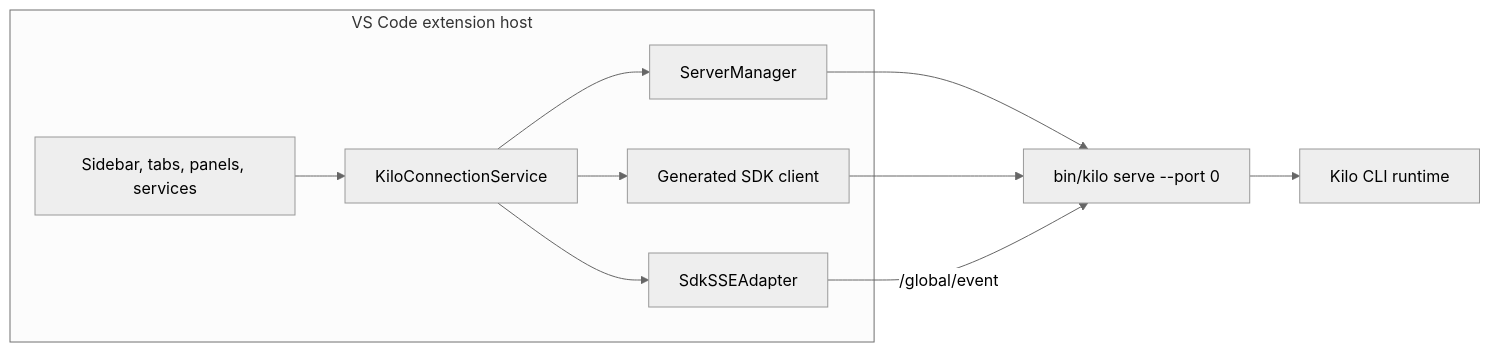
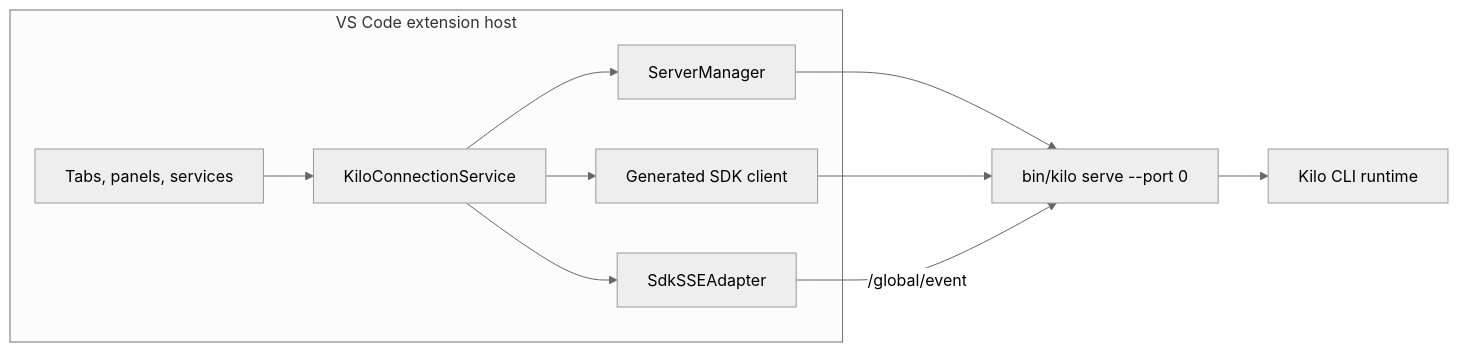
The diagram in packages/kilo-docs/pages/contributing/architecture/vscode-extension.md (JorkeyLiu/kilocode), drawn with Mermaid (neutral theme) before and after one commit. The commit also changed other lines of this file and 89 other files, not shown here.

````diff
--- a/packages/kilo-docs/pages/contributing/architecture/vscode-extension.md
+++ b/packages/kilo-docs/pages/contributing/architecture/vscode-extension.md
@@ -20,19 +20,19 @@
 ```mermaid
 flowchart LR
   subgraph host ["VS Code extension host"]
-    consumers["Sidebar, tabs, panels, services"]
+    consumers["Tabs, panels, services"]
     service["KiloConnectionService"]
     manager["ServerManager"]
     sdk["Generated SDK client"]
     sse["SdkSSEAdapter"]
   end
 
   server["bin/kilo serve --port 0"]
   runtime["Kilo CLI runtime"]
 
   consumers --> service
   service --> manager --> server
   service --> sdk --> server
   service --> sse -->|/global/event| server
   server --> runtime
 ```
````
